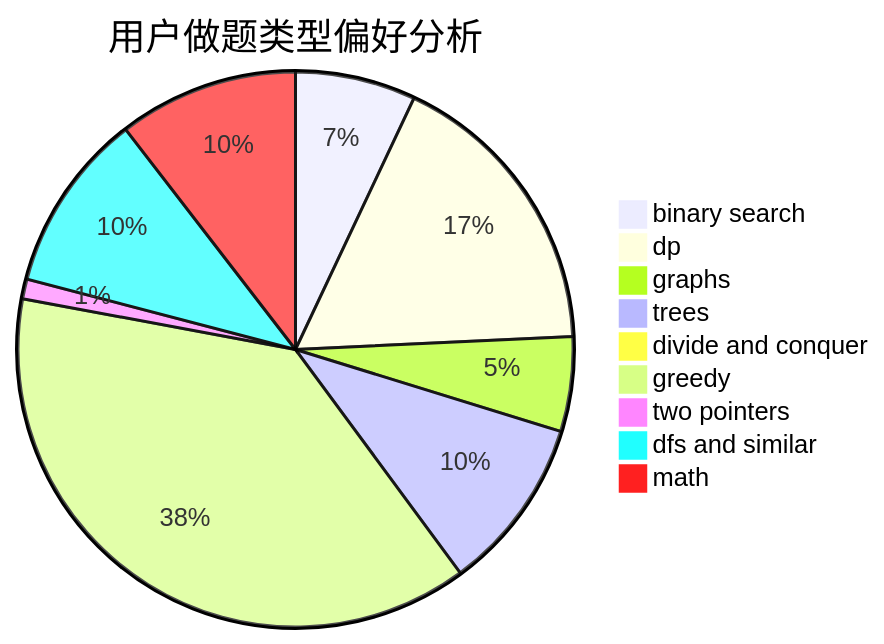
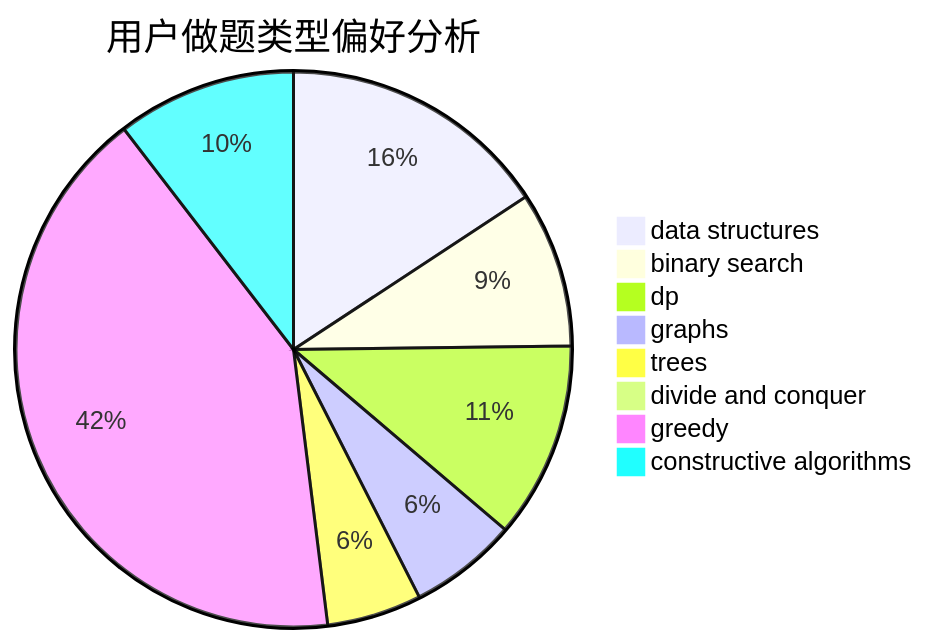
The second of 3 diagrams in docs/user/u652.md (sherpahu/cfrs.github.io), drawn with Mermaid before and after one commit. The commit also changed other lines of this file and 2775 other files, not shown here.

````diff
--- a/docs/user/u652.md
+++ b/docs/user/u652.md
@@ -23,12 +23,11 @@
 ```mermaid
 pie title 用户做题类型偏好分析
-    "binary search" :  61
-    "dp" :  150
-    "graphs" :  48
-    "trees" :  88
-    "divide and conquer" :  6
-    "greedy" :  331
-    "two pointers" :  10
-    "dfs and similar" :  91
-    "math" :  91
+    "data structures" :  80
+    "binary search" :  46
+    "dp" :  58
+    "graphs" :  32
+    "trees" :  28
+    "divide and conquer" :  0
+    "greedy" :  211
+    "constructive algorithms" :  53
 ```
````
